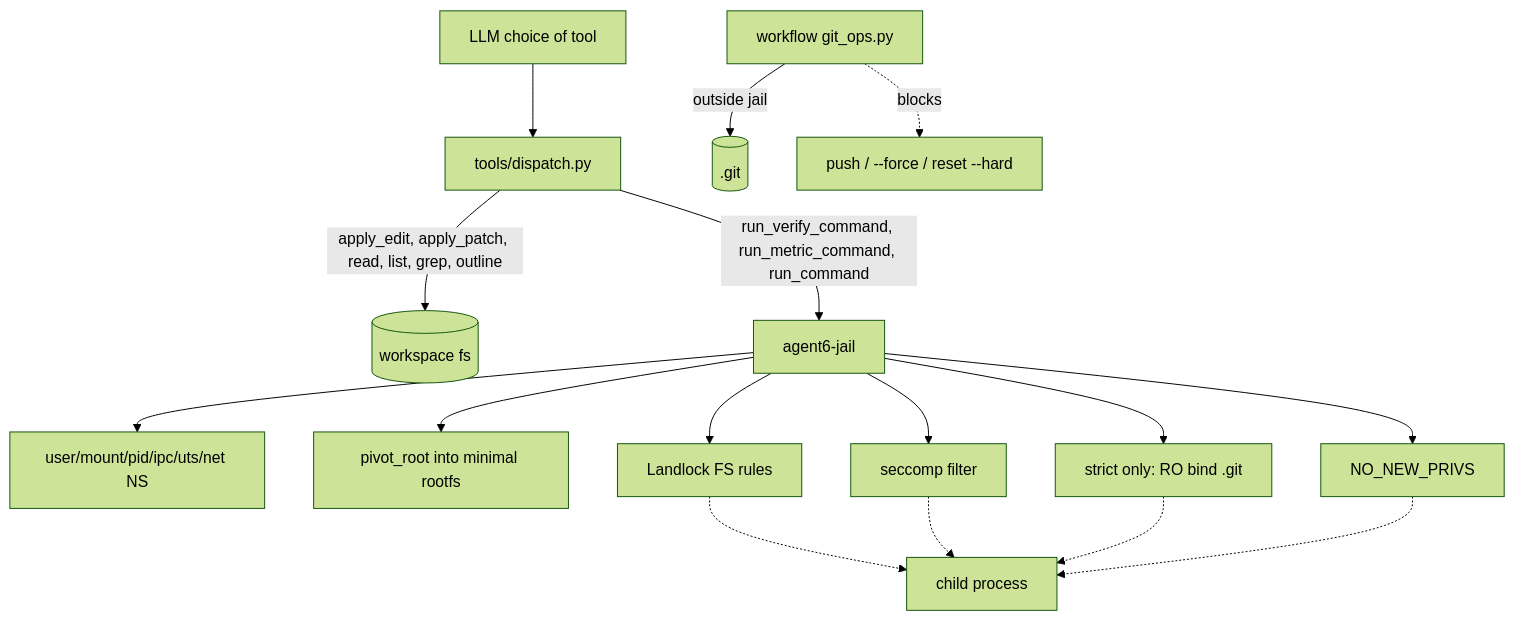
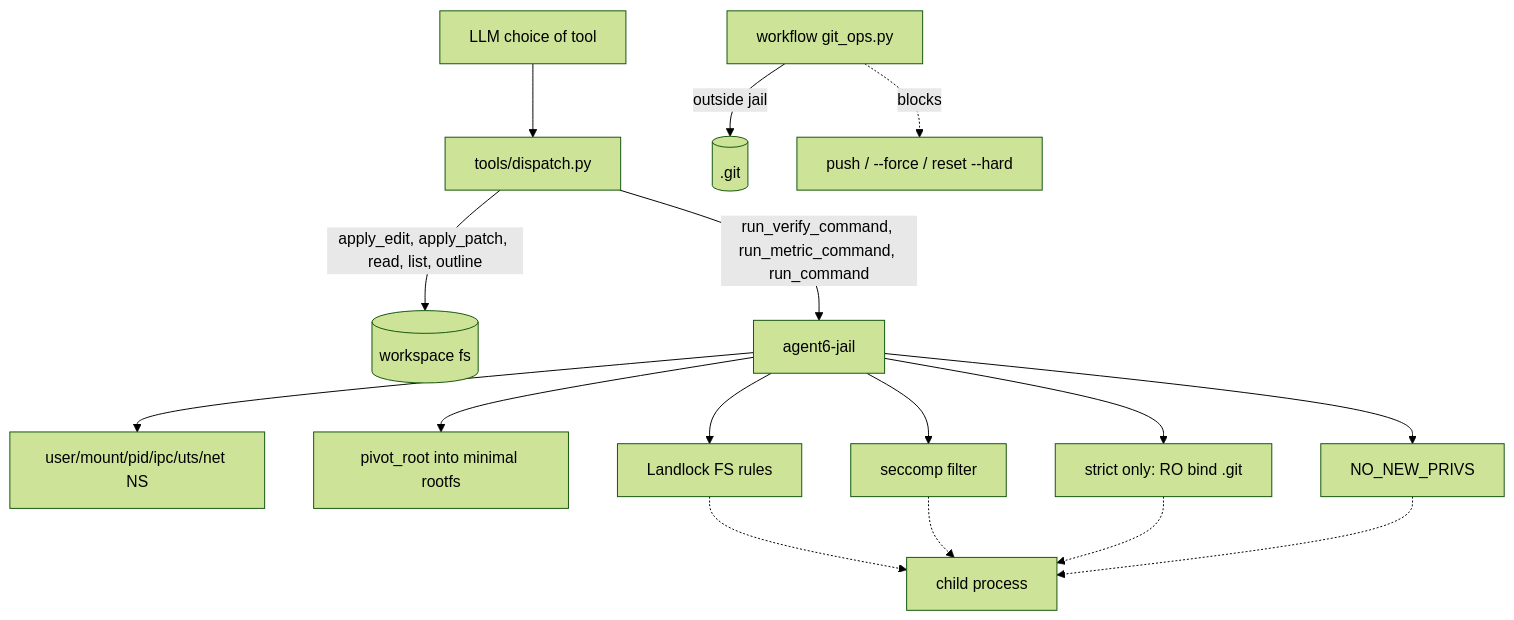
Before and after one commit to agent6-dev/agent6: the third of 4 diagrams in docs/architecture.md, drawn with Mermaid (forest theme). The commit also changed 26 other files, not shown here.

First line of the commit message:
refactor(tools): remove the grep tool; search moves to run_command

````diff
--- a/docs/architecture.md
+++ b/docs/architecture.md
@@ -344,18 +344,18 @@
 ```mermaid
 flowchart TD
     LLM[LLM choice of tool] --> Tools[tools/dispatch.py]
-    Tools -->|apply_edit, apply_patch, read, list, grep, outline| FS[(workspace fs)]
+    Tools -->|apply_edit, apply_patch, read, list, outline| FS[(workspace fs)]
     Tools -->|run_verify_command, run_metric_command, run_command| Jail[agent6-jail]
     Jail --> NS[user/mount/pid/ipc/uts/net NS]
     Jail --> Pivot[pivot_root into minimal rootfs]
     Jail --> ROBinds[strict only: RO bind .git]
     Jail --> Land[Landlock FS rules]
     Jail --> Sec[seccomp filter]
     Jail --> Caps[NO_NEW_PRIVS]
     Land -.-> Child[child process]
     Sec -.-> Child
     ROBinds -.-> Child
     Caps -.-> Child
     Workflow[workflow git_ops.py] -->|outside jail| Git[(.git)]
     Workflow -. blocks .-> Push[push / --force / reset --hard]
 ```
````
